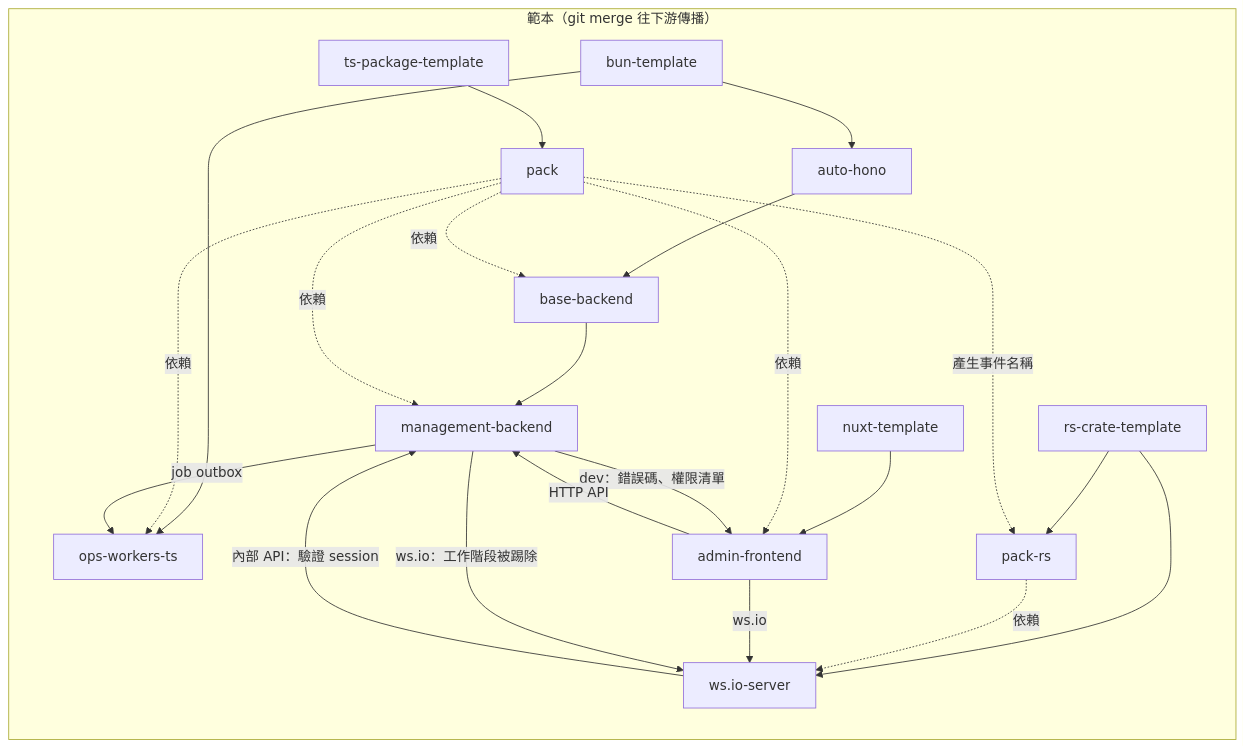
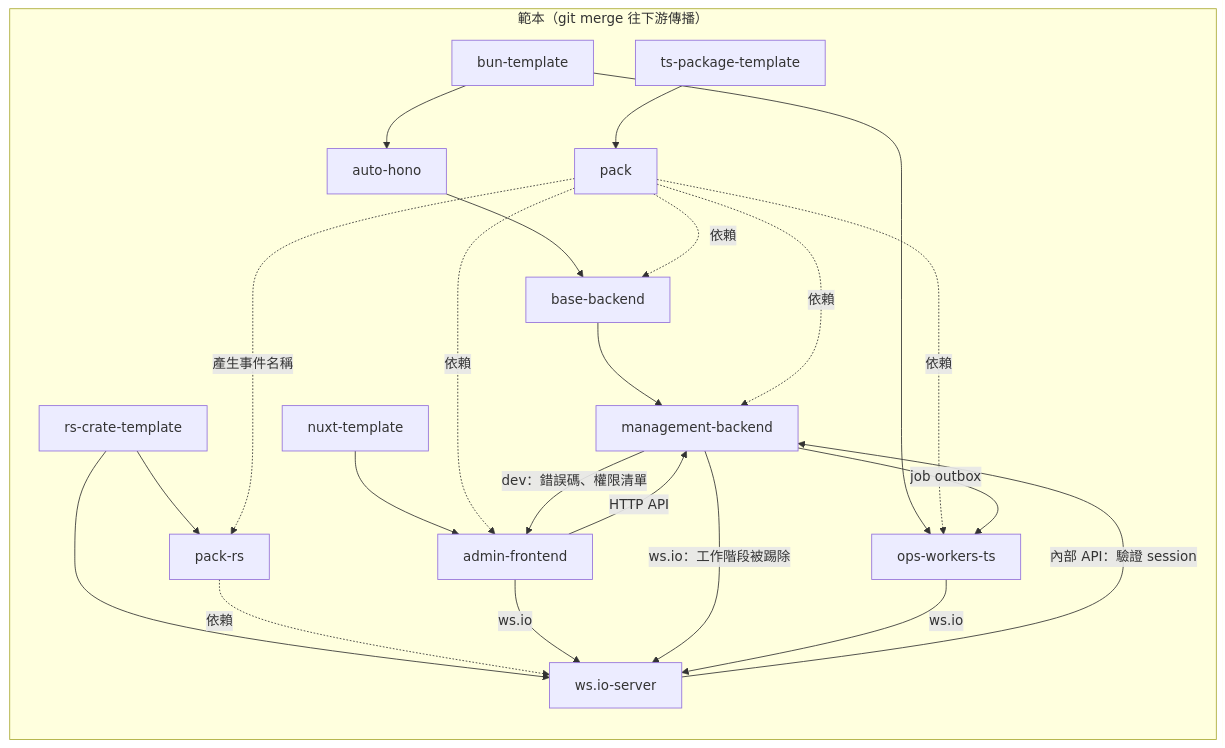
The diagram in docs/kcs/main.md (kiki-core-stack/main), drawn with Mermaid before and after one commit. The commit also changed other lines of this file and 1 other file, not shown here.

First line of the commit message:
docs: fix the check-all-repos scope and the ws.io diagram

````diff
--- a/docs/kcs/main.md
+++ b/docs/kcs/main.md
@@ -19,19 +19,20 @@
 ```mermaid
 flowchart LR
     subgraph templates[範本（git merge 往下游傳播）]
         bunTemplate[bun-template] --> autoHono[auto-hono] --> baseBackend[base-backend] --> managementBackend[management-backend]
         bunTemplate --> opsWorkers[ops-workers-ts]
         nuxtTemplate[nuxt-template] --> adminFrontend[admin-frontend]
         packageTemplate[ts-package-template] --> pack
         rsCrateTemplate[rs-crate-template] --> packRs[pack-rs] & wsIoServer[ws.io-server]
     end
 
     pack -. 依賴 .-> baseBackend & managementBackend & opsWorkers & adminFrontend
     pack -. 產生事件名稱 .-> packRs -. 依賴 .-> wsIoServer
     managementBackend -- dev：錯誤碼、權限清單 --> adminFrontend
     adminFrontend -- HTTP API --> managementBackend
     managementBackend -- job outbox --> opsWorkers
     adminFrontend -- ws.io --> wsIoServer
     managementBackend -- ws.io：工作階段被踢除 --> wsIoServer
+    opsWorkers -- ws.io --> wsIoServer
     wsIoServer -- 內部 API：驗證 session --> managementBackend
 ```
````
